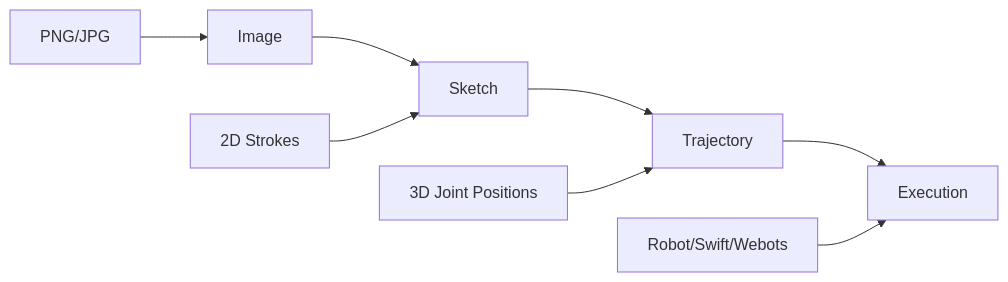
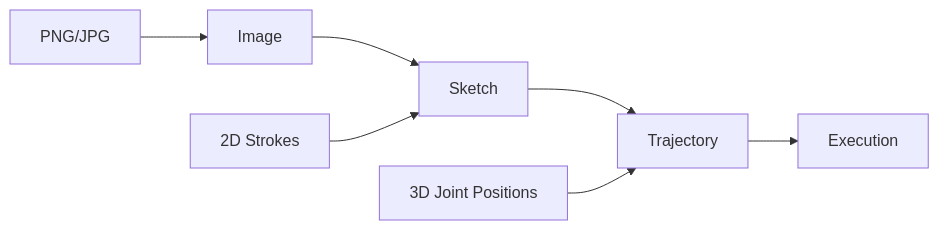
One commit to mamrehn/pib3 changed the diagram in docs/tutorials/image-to-trajectory.md. Above: the diagram before and after it, drawn with Mermaid. The commit also changed other lines of this file and 23 other files, not shown here.

````diff
--- a/docs/tutorials/image-to-trajectory.md
+++ b/docs/tutorials/image-to-trajectory.md
@@ -26,11 +26,11 @@
 ```mermaid
 graph LR
     A[Image] --> B[Sketch]
     B --> C[Trajectory]
     C --> D[Execution]
 
     A1[PNG/JPG] --> A
     B1[2D Strokes] --> B
     C1[3D Joint Positions] --> C
-    D1[Robot/Swift/Webots] --> D
+
 ```
````
